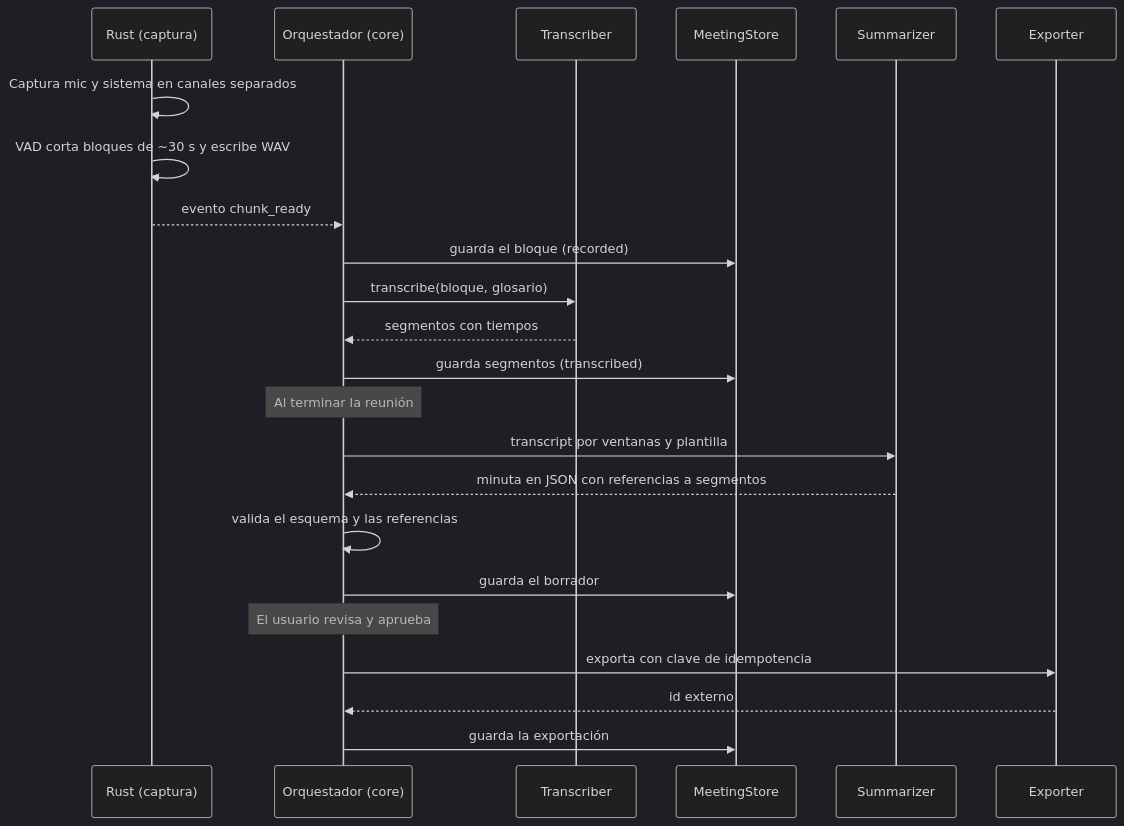
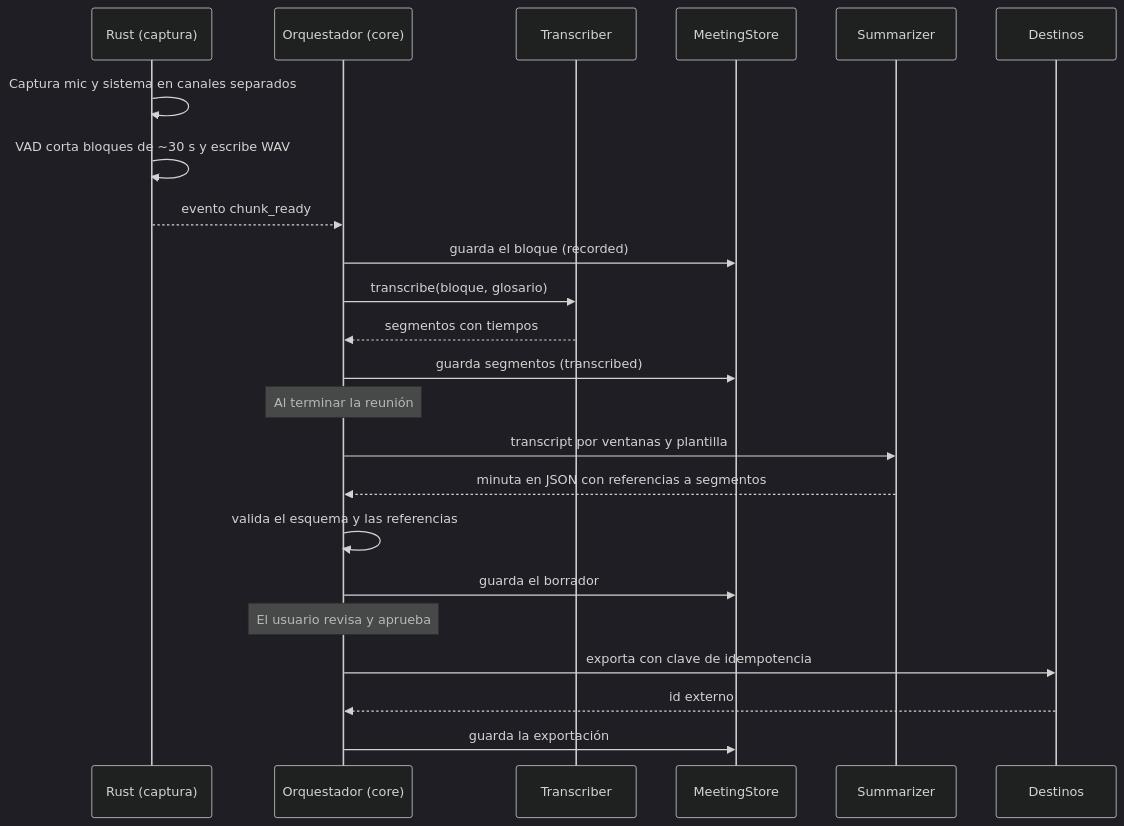
The second of 4 diagrams in docs/architecture.md (oscardarce/taqnote), drawn with Mermaid (dark theme) before and after one commit. The commit also changed other lines of this file and 13 other files, not shown here.

````diff
--- a/docs/architecture.md
+++ b/docs/architecture.md
@@ -123,25 +149,25 @@
 ```mermaid
 sequenceDiagram
     participant R as Rust (captura)
     participant O as Orquestador (core)
     participant T as Transcriber
     participant DB as MeetingStore
     participant S as Summarizer
-    participant E as Exporter
+    participant E as Destinos
     R->>R: Captura mic y sistema en canales separados
     R->>R: VAD corta bloques de ~30 s y escribe WAV
     R-->>O: evento chunk_ready
     O->>DB: guarda el bloque (recorded)
     O->>T: transcribe(bloque, glosario)
     T-->>O: segmentos con tiempos
     O->>DB: guarda segmentos (transcribed)
     Note over O: Al terminar la reunión
     O->>S: transcript por ventanas y plantilla
     S-->>O: minuta en JSON con referencias a segmentos
     O->>O: valida el esquema y las referencias
     O->>DB: guarda el borrador
     Note over O: El usuario revisa y aprueba
     O->>E: exporta con clave de idempotencia
     E-->>O: id externo
     O->>DB: guarda la exportación
 ```
````
